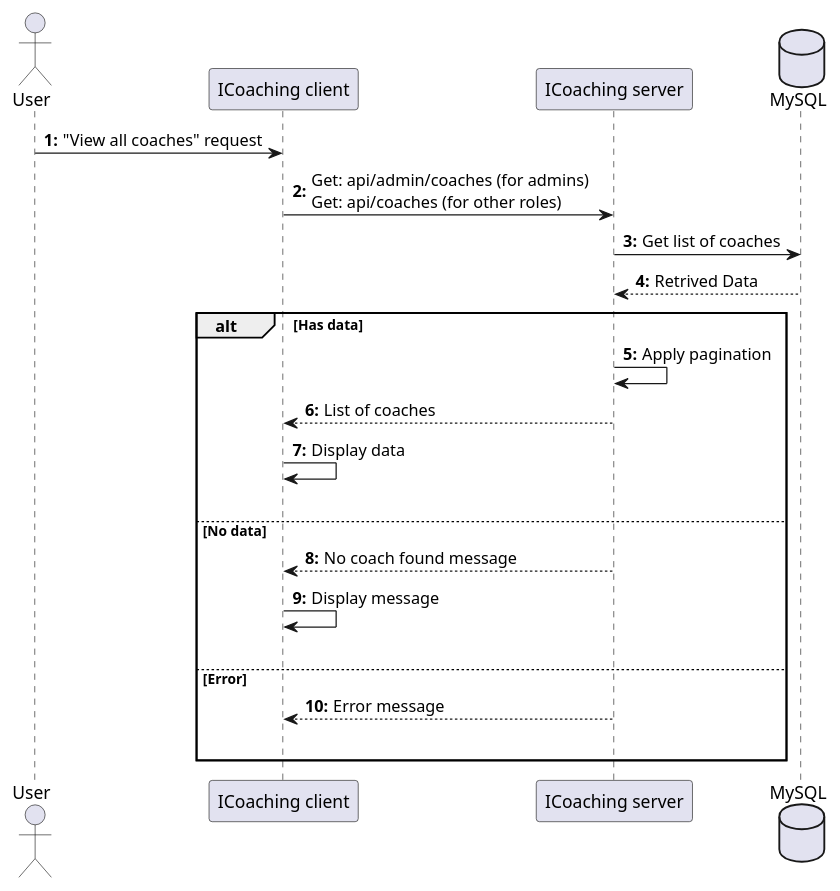
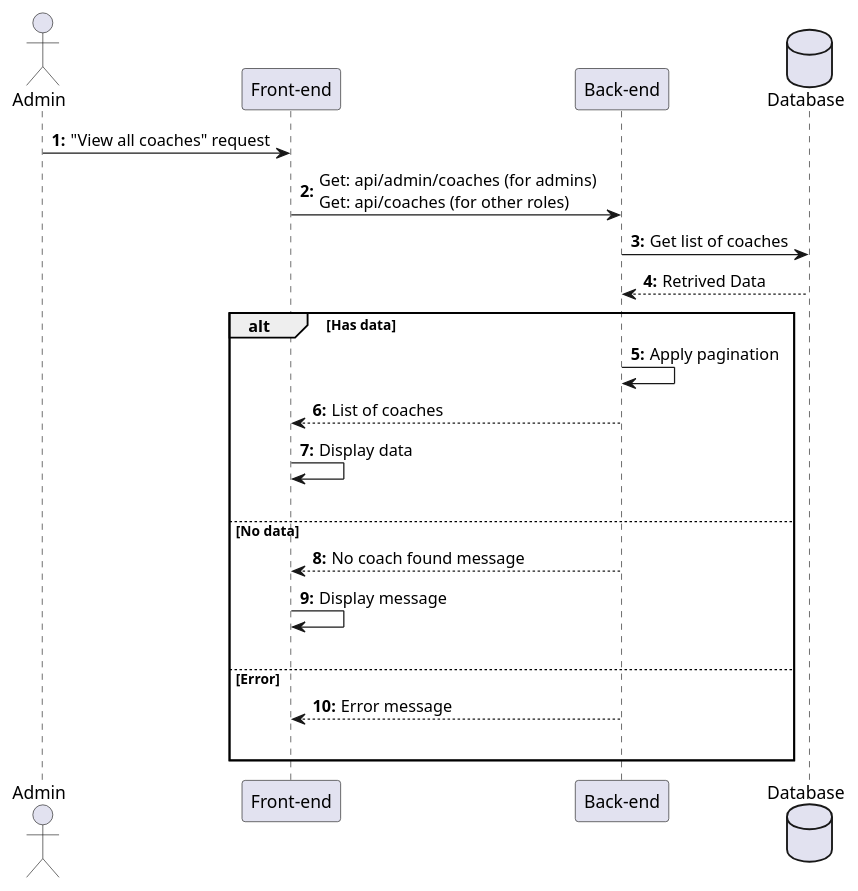
The diagram in Sequences_diagrams/ViewCoaches.pu (HTPhong-276/iCoaching-Diagrams), drawn with PlantUML before and after one commit. The commit also changed 25 other files, not shown here.

```diff
--- a/Sequences_diagrams/ViewCoaches.pu
+++ b/Sequences_diagrams/ViewCoaches.pu
@@ -1,31 +1,31 @@
 @startuml ViewAllCoaches
 
-actor User as user
-participant "ICoaching client" as client
-participant "ICoaching server" as server 
-database "MySQL" as db
+actor Admin as user
+participant "Front-end" as client
+participant "Back-end" as server 
+database "Database" as db
 
 autonumber "<b>0:"
 
 user -> client : "View all coaches" request
 client -> server : Get: api/admin/coaches (for admins) \nGet: api/coaches (for other roles)
 server -> db : Get list of coaches
 db --> server : Retrived Data
 
 alt Has data
     server -> server : Apply pagination
     server --> client : List of coaches
     client -> client : Display data
     |||
 
 else No data
     server --> client : No coach found message
     client -> client : Display message 
     |||
 
 else Error
     server --> client : Error message
     |||
 end 
 
 @enduml
```
